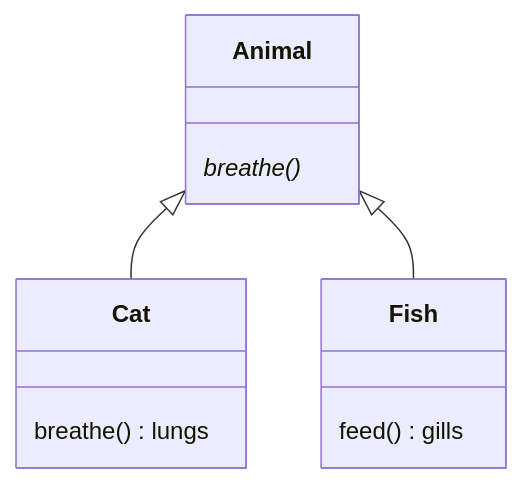
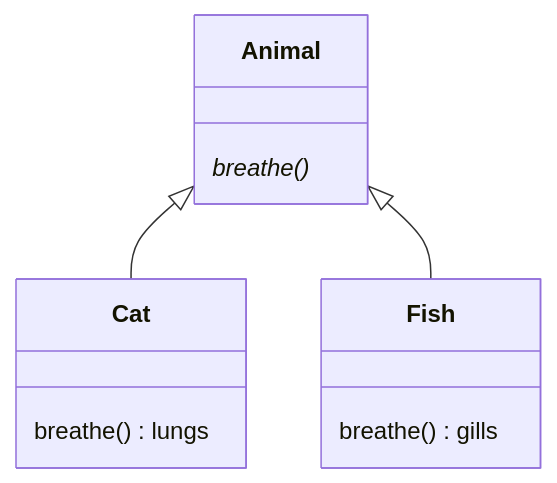
The third of 22 diagrams in lecture-slides-spertus/l2-inheritance-polymorphism.mdx (neu-pdi/cs3100-public-resources), drawn with Mermaid before and after one commit. The commit also changed other lines of this file, not shown here.

Commit message:
Fix minor issues

````diff
--- a/lecture-slides-spertus/l2-inheritance-polymorphism.mdx
+++ b/lecture-slides-spertus/l2-inheritance-polymorphism.mdx
@@ -267,14 +267,14 @@
 ```mermaid
 classDiagram
     class Animal {
       breathe()*
     }
     class Cat {
       breathe() lungs
     }
     class Fish {
-      feed() gills
+      breathe() gills
     }
     Animal <|-- Cat
     Animal <|-- Fish
 ```
````
